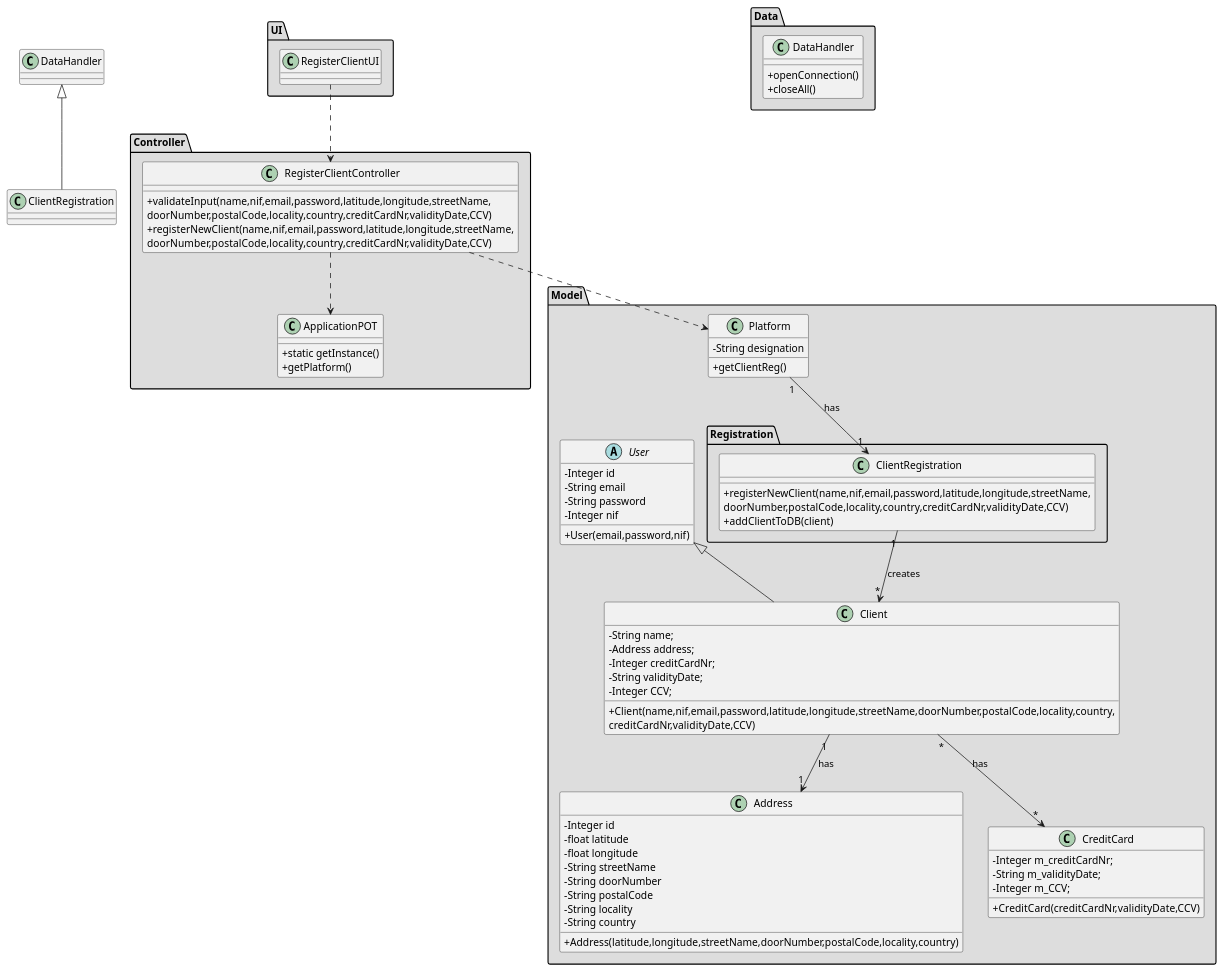
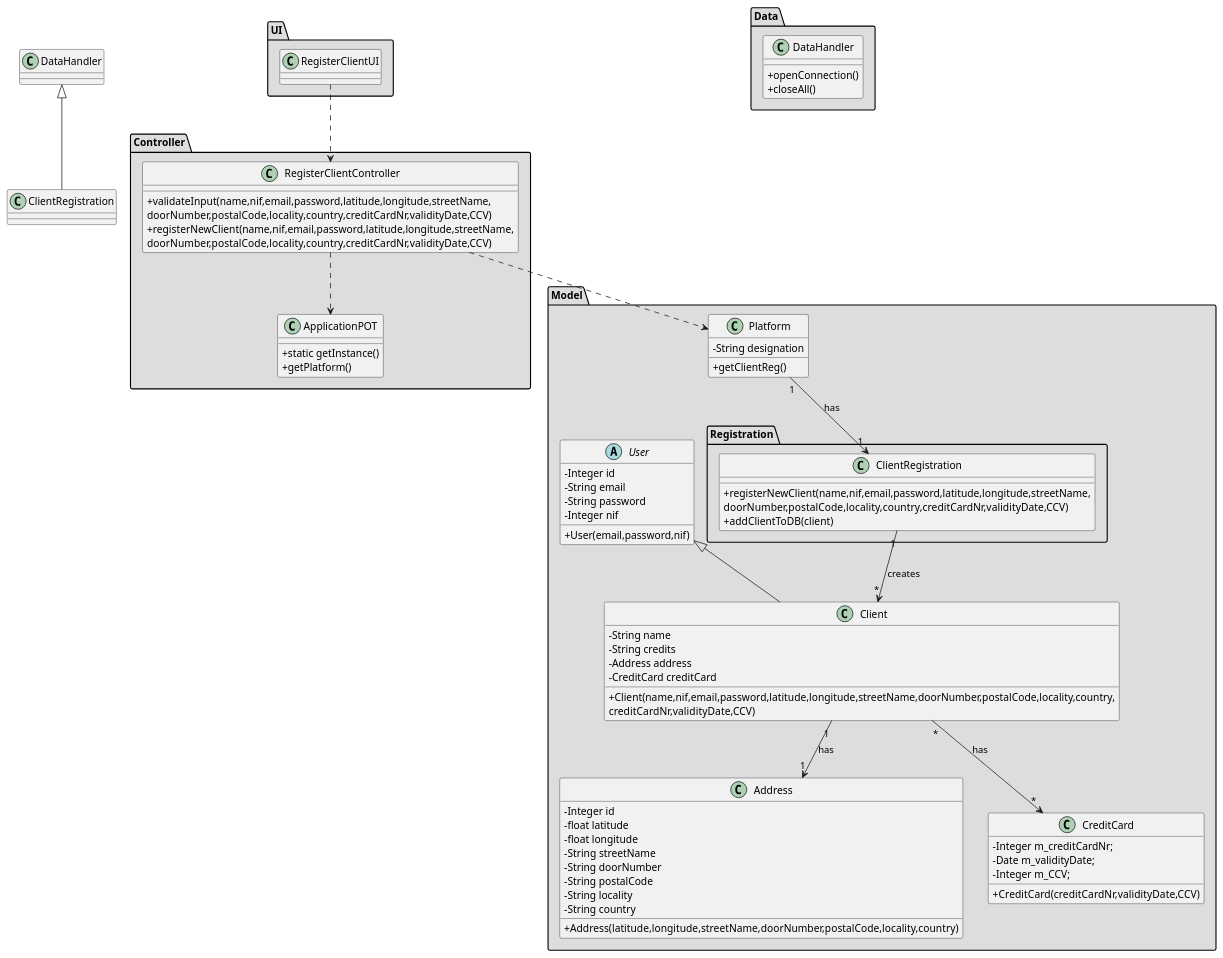
Before and after one commit to tiagoavcosta25/LAPR3: the diagram in docs/Iteration 1/User Management/US18_RegisterClient/US18_CD.puml, drawn with PlantUML. The commit also changed 7 other files, not shown here.

```diff
--- a/docs/Iteration 1/User Management/US18_RegisterClient/US18_CD.puml
+++ b/docs/Iteration 1/User Management/US18_RegisterClient/US18_CD.puml
@@ -1,106 +1,105 @@
 @startuml
 skinparam classAttributeIconSize 0
 
 
 package "Controller" #DDDDDD {
 class ApplicationPOT
 {
   +static getInstance()
   +getPlatform()
 }
 }
 
 
 package "UI" #DDDDDD {
 class RegisterClientUI{
 
 }
 }
 
 
 package "Controller" #DDDDDD {
 class RegisterClientController{
 +validateInput(name,nif,email,password,latitude,longitude,streetName,\ndoorNumber,postalCode,locality,country,creditCardNr,validityDate,CCV)
 +registerNewClient(name,nif,email,password,latitude,longitude,streetName,\ndoorNumber,postalCode,locality,country,creditCardNr,validityDate,CCV)
 }
 }
 
 
 package "Model" #DDDDDD {
 class Platform {
   -String designation
   +getClientReg()
 }
 package "Registration" #DDDDDD {
  class ClientRegistration{
  +registerNewClient(name,nif,email,password,latitude,longitude,streetName,\ndoorNumber,postalCode,locality,country,creditCardNr,validityDate,CCV)
  +addClientToDB(client)
  }
  }
 }
 
 
 
 
 package "Model" #DDDDDD {
 abstract class User{
 -Integer id
 -String email
 -String password
 -Integer nif
 +User(email,password,nif)
 }
 
 class Client extends User
 
 class Client{
--String name;
--Address address;
--Integer creditCardNr;
--String validityDate;
--Integer CCV;
+-String name
+-String credits
+-Address address
+-CreditCard creditCard
 +Client(name,nif,email,password,latitude,longitude,streetName,doorNumber,postalCode,locality,country,
                         creditCardNr,validityDate,CCV)
 }
 
 class Address{
 -Integer id
 -float latitude
 -float longitude
 -String streetName
 -String doorNumber
 -String postalCode
 -String locality
 -String country
 +Address(latitude,longitude,streetName,doorNumber,postalCode,locality,country)
 }
 
 class CreditCard{
 -Integer m_creditCardNr;
--String m_validityDate;
+-Date m_validityDate;
 -Integer m_CCV;
 +CreditCard(creditCardNr,validityDate,CCV)
 }
 
 }
 
 
 package "Data" #DDDDDD {
 class DataHandler{
 +openConnection()
 +closeAll()
 }
 
 }
 
 
 RegisterClientUI ..> RegisterClientController
 RegisterClientController ..> Platform
 RegisterClientController ..> ApplicationPOT
 Platform "1" --> "1" ClientRegistration : has
 ClientRegistration "1" --> "*" Client : creates
 class ClientRegistration extends DataHandler
 Client "1" --> "1" Address : has
 Client "*" --> "*" CreditCard : has
 
 @enduml
```
